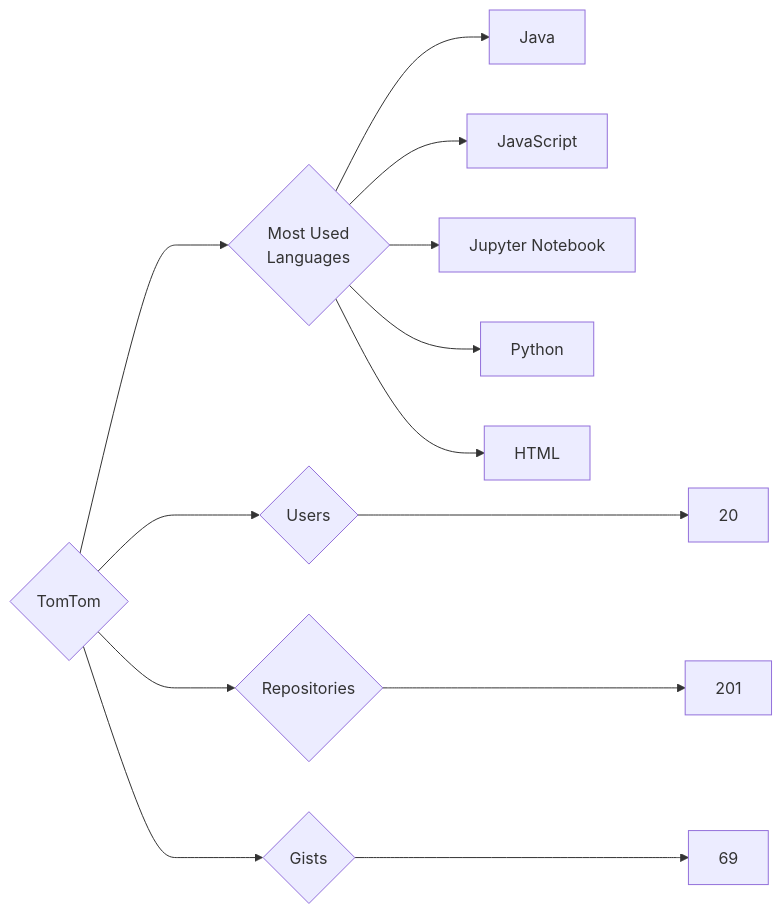
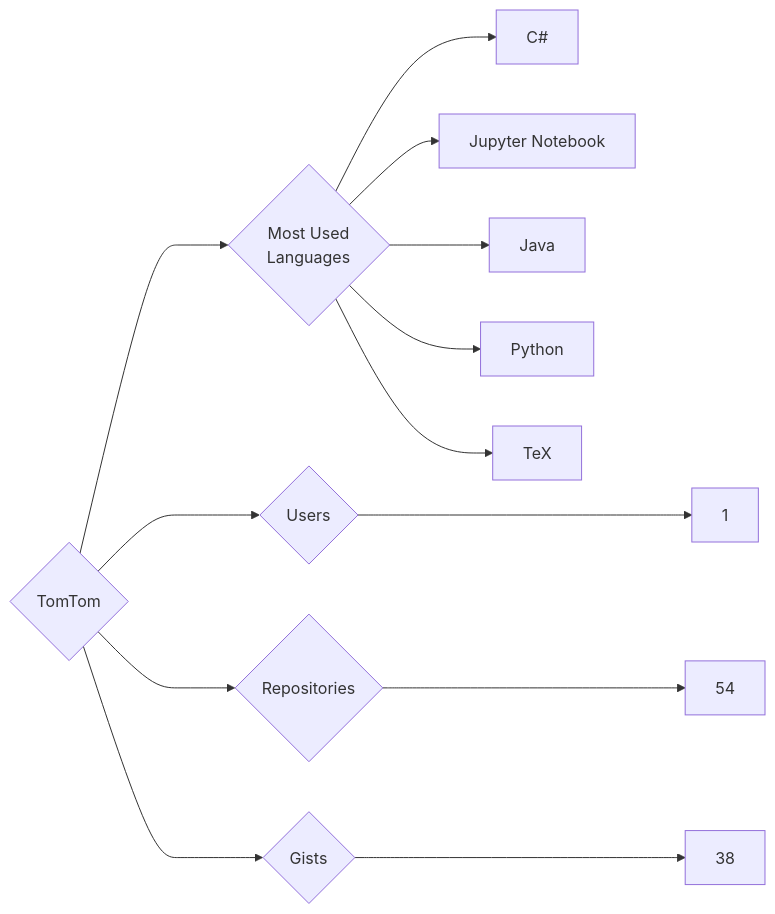
The diagram in targets/TomTom/README.md (trickest/insiders), drawn with Mermaid before and after one commit. The commit also changed 912 other files, not shown here.

````diff
--- a/targets/TomTom/README.md
+++ b/targets/TomTom/README.md
@@ -3,13 +3,13 @@
 ```mermaid
 graph LR
 COMPANY_NAME{TomTom}
-COMPANY_NAME ---> U{Users} ---> UN[20]
-COMPANY_NAME ---> R{Repositories} ---> RN[201]
-COMPANY_NAME ---> G{Gists} ---> GN[69]
+COMPANY_NAME ---> U{Users} ---> UN[1]
+COMPANY_NAME ---> R{Repositories} ---> RN[54]
+COMPANY_NAME ---> G{Gists} ---> GN[38]
 COMPANY_NAME ---> ML{Most Used<br>Languages}
+ML --> C#[C#]
+ML --> Jupyter_Notebook[Jupyter Notebook]
 ML --> Java[Java]
-ML --> JavaScript[JavaScript]
-ML --> Jupyter_Notebook[Jupyter Notebook]
 ML --> Python[Python]
-ML --> HTML[HTML]
+ML --> TeX[TeX]
 ```
````
